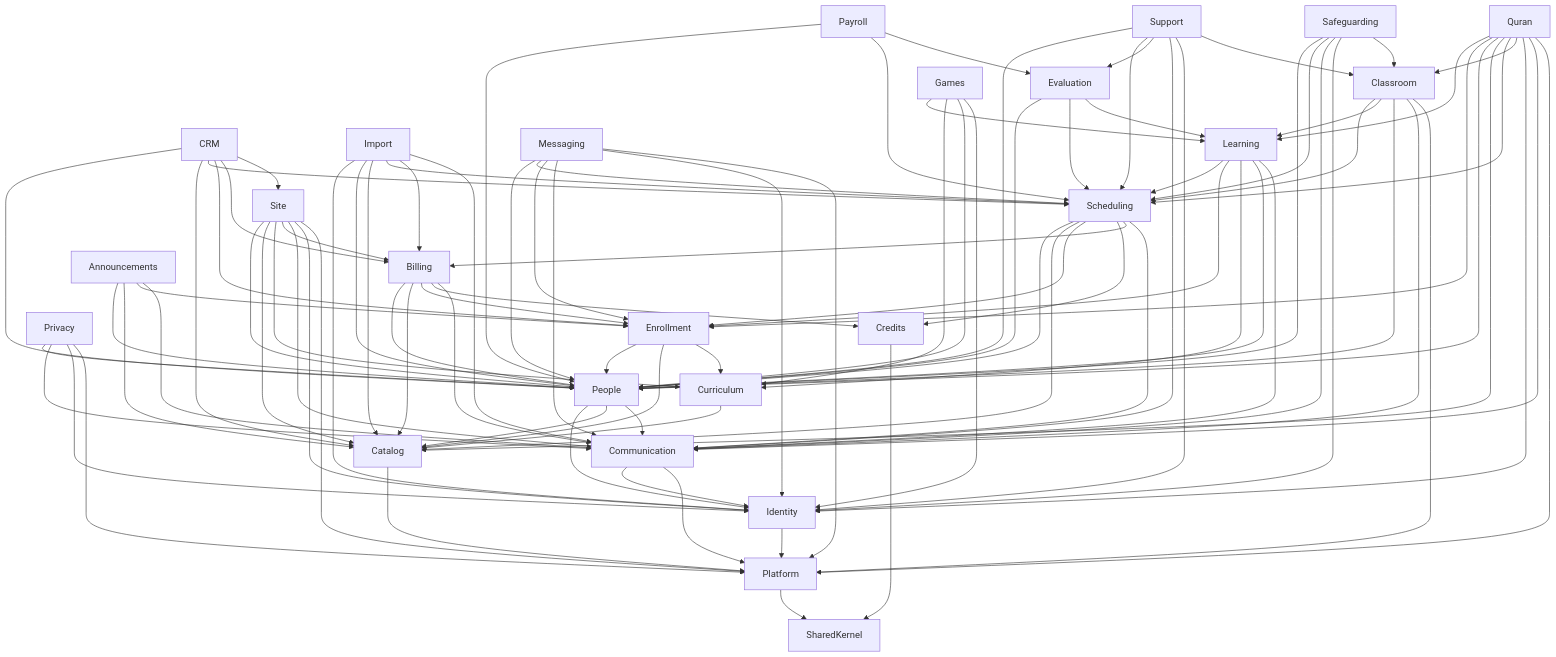
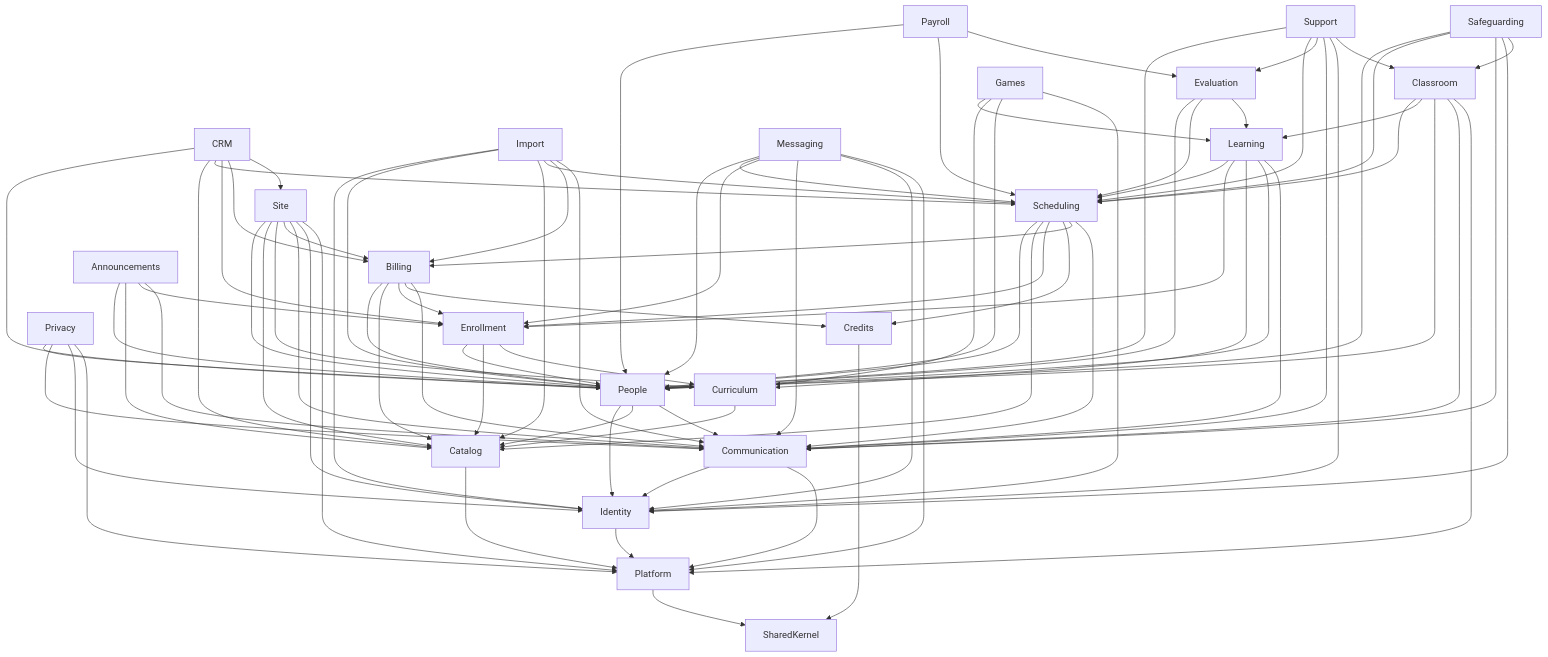
The diagram in docs/architecture/04-design-patterns.md (Mahmoud-Elgonidi/academy-lms), drawn with Mermaid before and after one commit. The commit also changed other lines of this file and 10 other files, not shown here.

First line of the commit message:
Docs: the Quran is no longer part of the platform

````diff
--- a/docs/architecture/04-design-patterns.md
+++ b/docs/architecture/04-design-patterns.md
@@ -56,27 +55,26 @@
 ```mermaid
 flowchart TD
     CRM --> People & Catalog & Scheduling & Enrollment & Billing & Site
     Site --> People & Catalog & Curriculum & Billing & Communication & Identity & Platform
     Import --> Identity & People & Catalog & Scheduling & Billing & Communication
     Payroll --> People & Scheduling & Evaluation
     Evaluation --> People & Scheduling & Learning
     Support --> People & Scheduling & Evaluation & Communication & Identity & Classroom
     Privacy --> People & Communication & Identity & Platform
     Safeguarding --> People & Scheduling & Communication & Identity & Classroom
     Messaging --> People & Scheduling & Enrollment & Communication & Identity & Platform
     Announcements --> People & Catalog & Enrollment & Communication
     Games --> Learning & Curriculum & People & Identity
-    Quran --> Learning & Enrollment & People & Catalog & Scheduling & Classroom & Identity & Communication & Platform
     Learning --> Scheduling & Enrollment & Curriculum & People & Communication
     Billing --> People & Catalog & Enrollment & Credits & Communication
     Classroom --> Scheduling & Learning & People & Communication & Platform
     Scheduling --> People & Catalog & Enrollment & Credits & Billing & Communication
     Enrollment --> People & Catalog & Curriculum
     Curriculum --> Catalog
     People --> Identity & Catalog & Communication
     Communication --> Identity & Platform
     Identity --> Platform
     Catalog --> Platform
     Credits --> SharedKernel
     Platform --> SharedKernel
 ```
````
